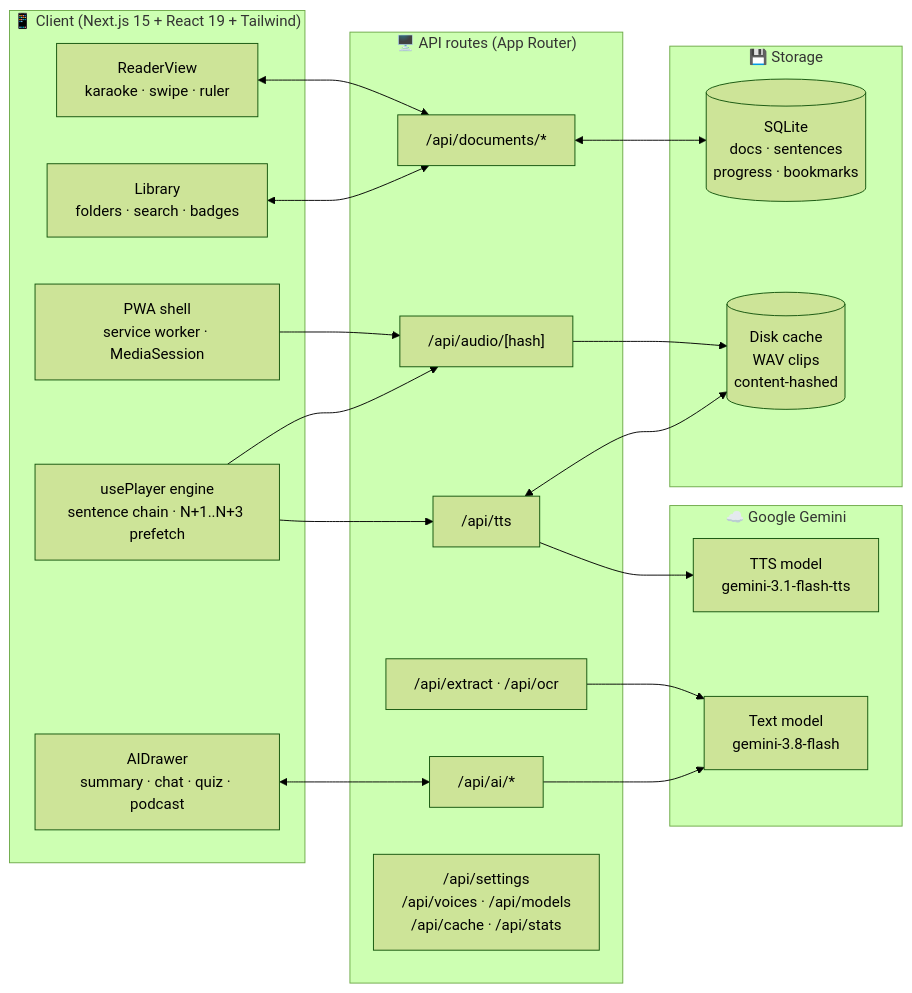
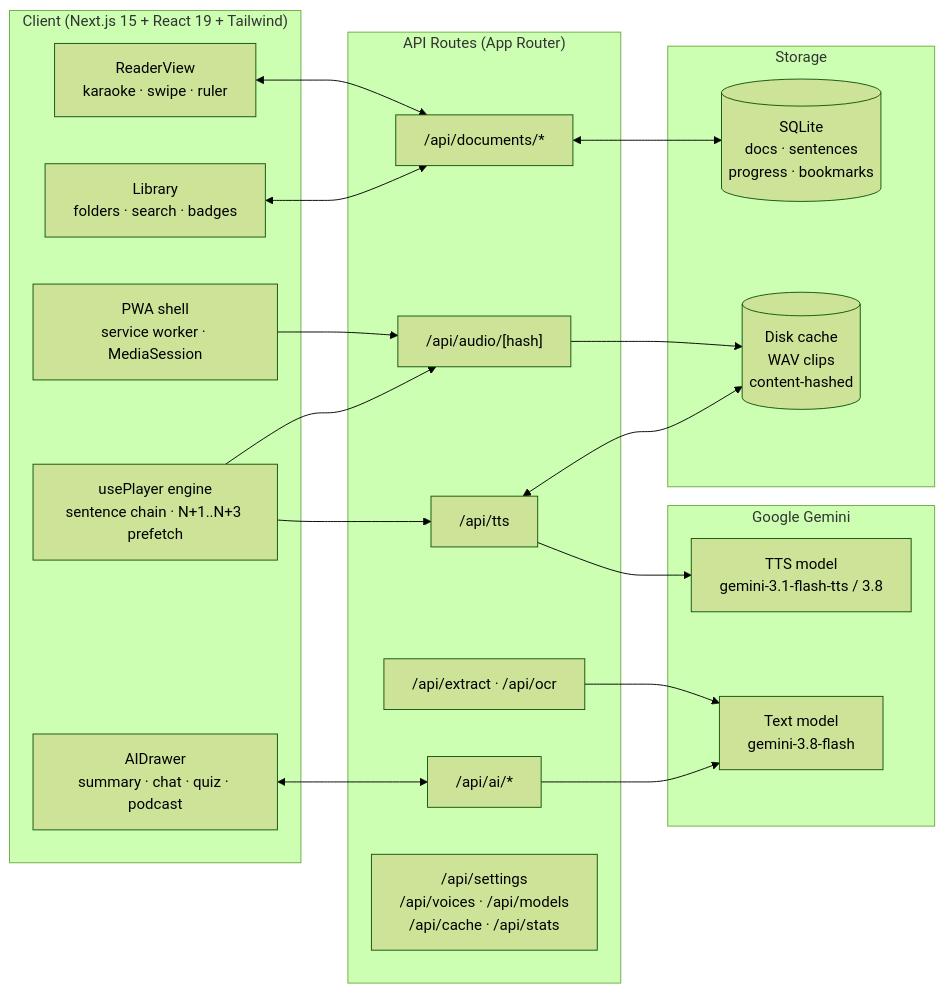
One commit to techguyowen/voxshelf changed the diagram in README.md. Above: the diagram before and after it, drawn with Mermaid (forest theme). The commit also changed other lines of this file, not shown here.

````diff
--- a/README.md
+++ b/README.md
@@ -370,42 +266,42 @@
 ```mermaid
 flowchart LR
-    subgraph Client ["📱 Client (Next.js 15 + React 19 + Tailwind)"]
+    subgraph Client ["Client (Next.js 15 + React 19 + Tailwind)"]
         LIB["Library<br/>folders · search · badges"]
         READER["ReaderView<br/>karaoke · swipe · ruler"]
         PLAYER["usePlayer engine<br/>sentence chain · N+1..N+3 prefetch"]
         AI["AIDrawer<br/>summary · chat · quiz · podcast"]
         PWA["PWA shell<br/>service worker · MediaSession"]
     end
 
-    subgraph API ["🖥️ API routes (App Router)"]
+    subgraph API ["API Routes (App Router)"]
         TTS["/api/tts"]
         AUDIO["/api/audio/[hash]"]
         EXT["/api/extract · /api/ocr"]
         AIX["/api/ai/*"]
         DOCS["/api/documents/*"]
         MISC["/api/settings<br/>/api/voices · /api/models<br/>/api/cache · /api/stats"]
     end
 
-    subgraph Store ["💾 Storage"]
+    subgraph Store ["Storage"]
         DB[("SQLite<br/>docs · sentences<br/>progress · bookmarks")]
         DISK[("Disk cache<br/>WAV clips<br/>content-hashed")]
     end
 
-    subgraph Cloud ["☁️ Google Gemini"]
-        TTSM["TTS model<br/>gemini-3.1-flash-tts"]
+    subgraph Cloud ["Google Gemini"]
+        TTSM["TTS model<br/>gemini-3.1-flash-tts / 3.8"]
         TXTM["Text model<br/>gemini-3.8-flash"]
     end
 
     LIB <--> DOCS
     READER <--> DOCS
     PLAYER --> TTS
     PLAYER --> AUDIO
     AI <--> AIX
     PWA --> AUDIO
     TTS --> TTSM
     AIX --> TXTM
     EXT --> TXTM
     TTS <--> DISK
     DOCS <--> DB
     AUDIO --> DISK
 ```
````
